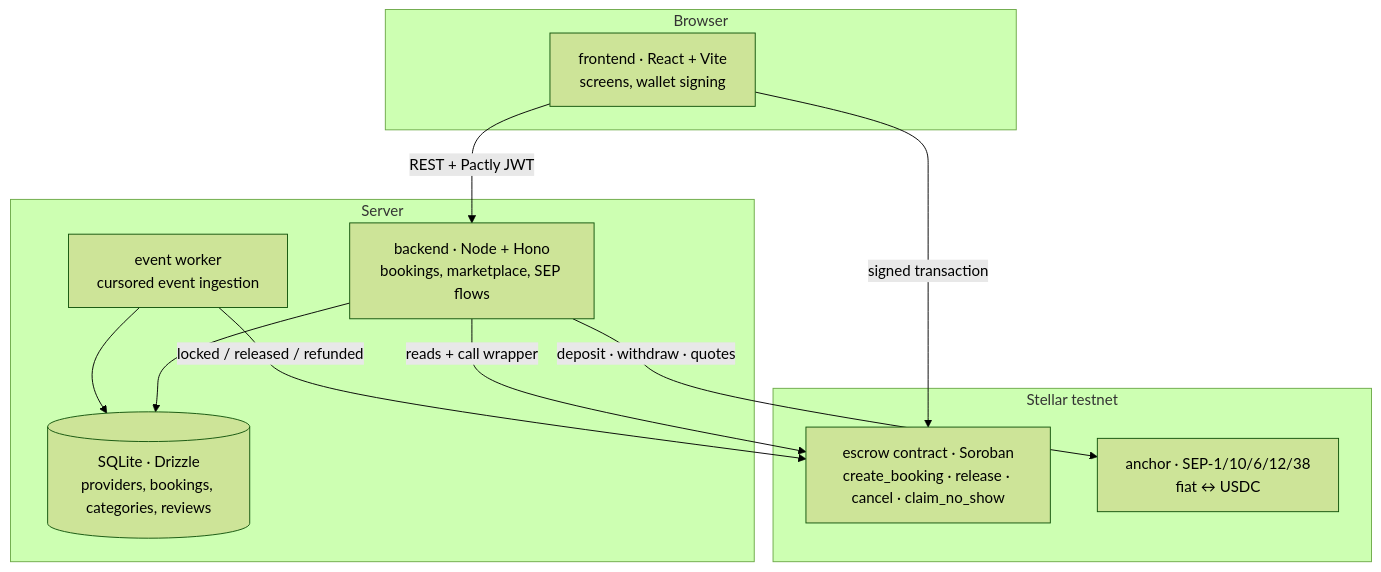
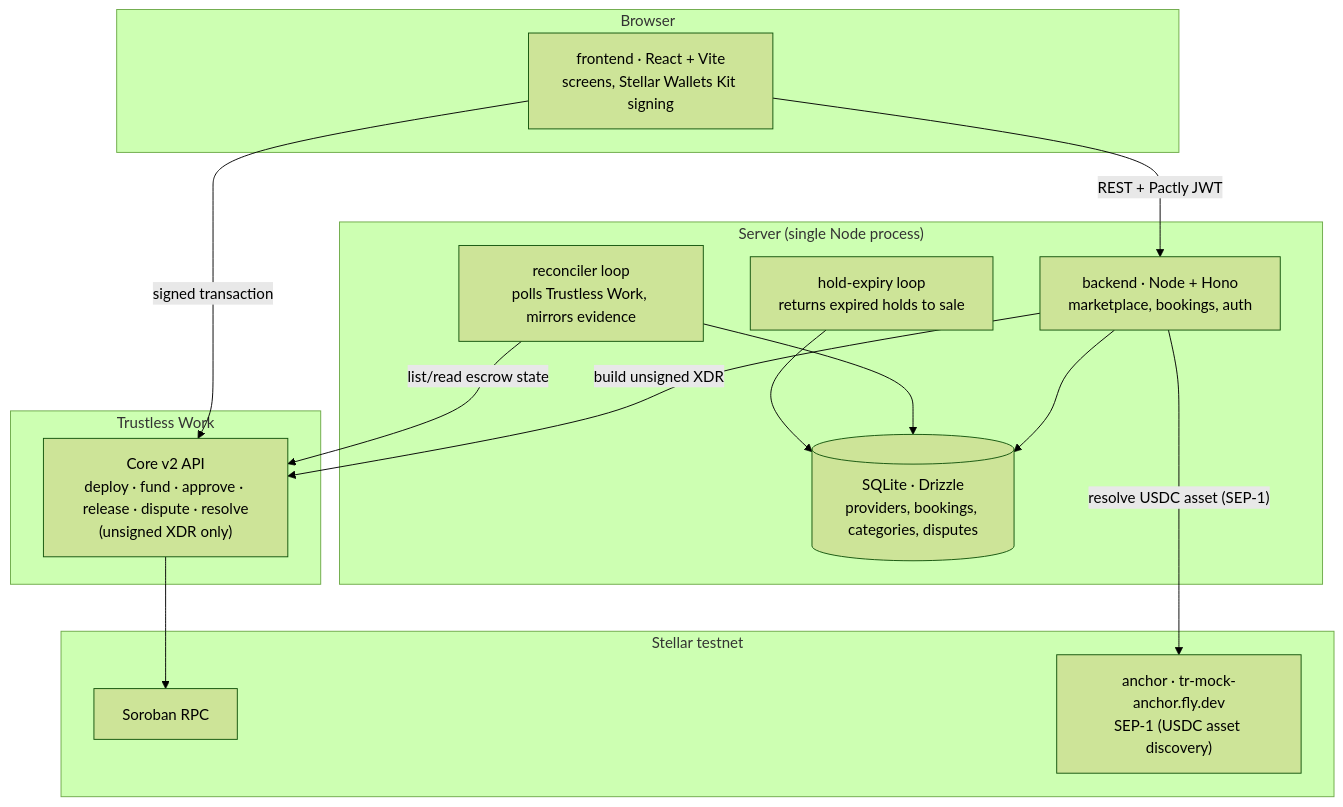
Before and after one commit to CemAyyildiz/Pactly: the diagram in README.md, drawn with Mermaid (forest theme). The commit also changed other lines of this file and 6 other files, not shown here.

````diff
--- a/README.md
+++ b/README.md
@@ -28,23 +98,29 @@
 ```mermaid
 graph TD
   subgraph client["Browser"]
-    FE["frontend · React + Vite<br/>screens, wallet signing"]
+    FE["frontend · React + Vite<br/>screens, Stellar Wallets Kit signing"]
   end
-  subgraph server["Server"]
-    BE["backend · Node + Hono<br/>bookings, marketplace, SEP flows"]
-    EW["event worker<br/>cursored event ingestion"]
-    DB[("SQLite · Drizzle<br/>providers, bookings, categories, reviews")]
+  subgraph server["Server (single Node process)"]
+    BE["backend · Node + Hono<br/>marketplace, bookings, auth"]
+    RC["reconciler loop<br/>polls Trustless Work, mirrors evidence"]
+    HX["hold-expiry loop<br/>returns expired holds to sale"]
+    DB[("SQLite · Drizzle<br/>providers, bookings, categories, disputes")]
+  end
+  subgraph tw["Trustless Work"]
+    TWAPI["Core v2 API<br/>deploy · fund · approve · release · dispute · resolve<br/>(unsigned XDR only)"]
   end
   subgraph chain["Stellar testnet"]
-    CT["escrow contract · Soroban<br/>create_booking · release · cancel · claim_no_show"]
-    AN["anchor · SEP-1/10/6/12/38<br/>fiat ↔ USDC"]
+    RPC["Soroban RPC"]
+    ANCHOR["anchor · tr-mock-anchor.fly.dev<br/>SEP-1 (USDC asset discovery)"]
   end
 
   FE -->|"REST + Pactly JWT"| BE
-  FE -->|"signed transaction"| CT
+  FE -->|"signed transaction"| TWAPI
   BE --> DB
-  BE -->|"reads + call wrapper"| CT
-  BE -->|"deposit · withdraw · quotes"| AN
-  EW -->|"locked / released / refunded"| CT
-  EW --> DB
+  BE -->|"build unsigned XDR"| TWAPI
+  BE -->|"resolve USDC asset (SEP-1)"| ANCHOR
+  RC -->|"list/read escrow state"| TWAPI
+  RC --> DB
+  HX --> DB
+  TWAPI --> RPC
 ```
````
